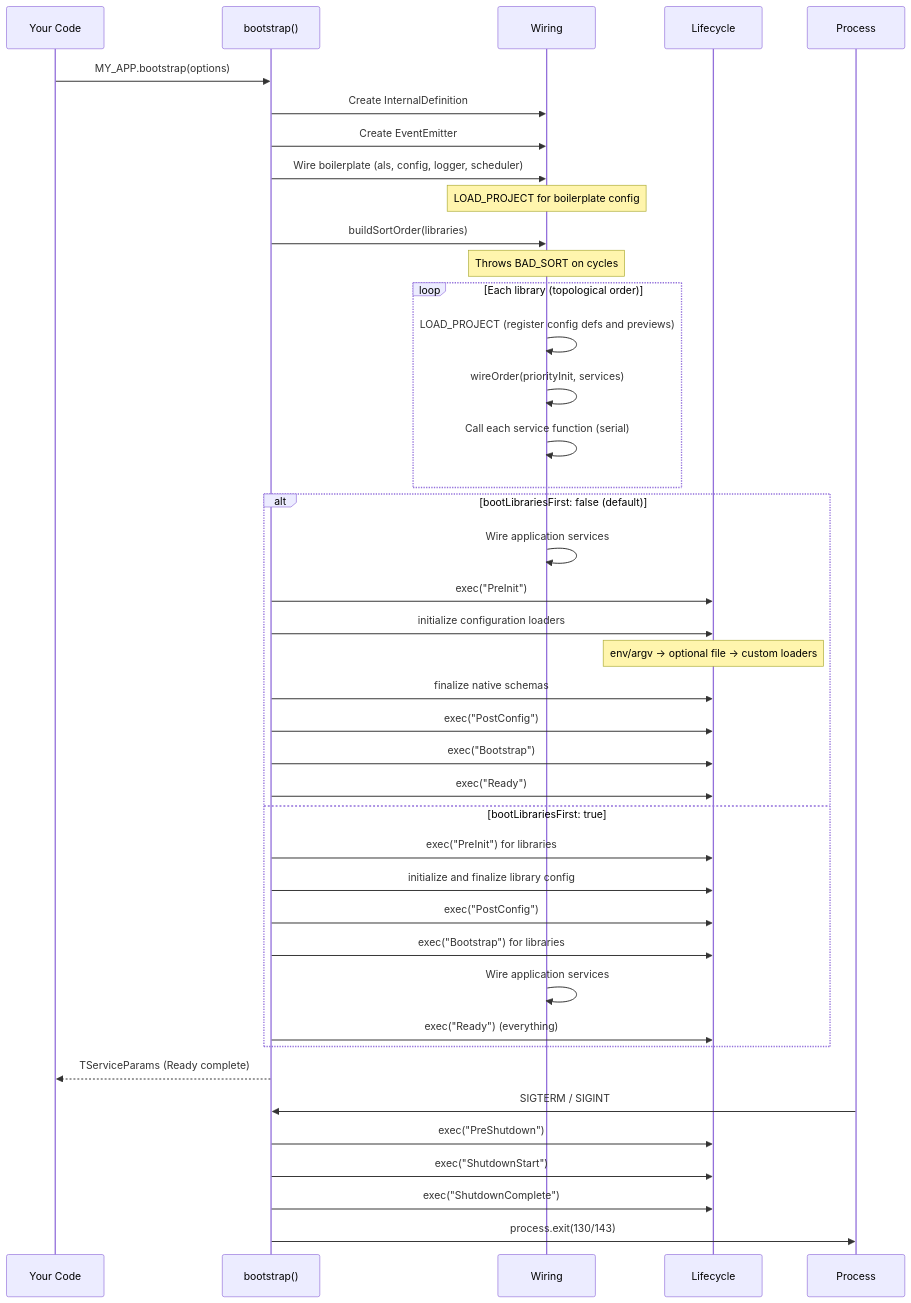
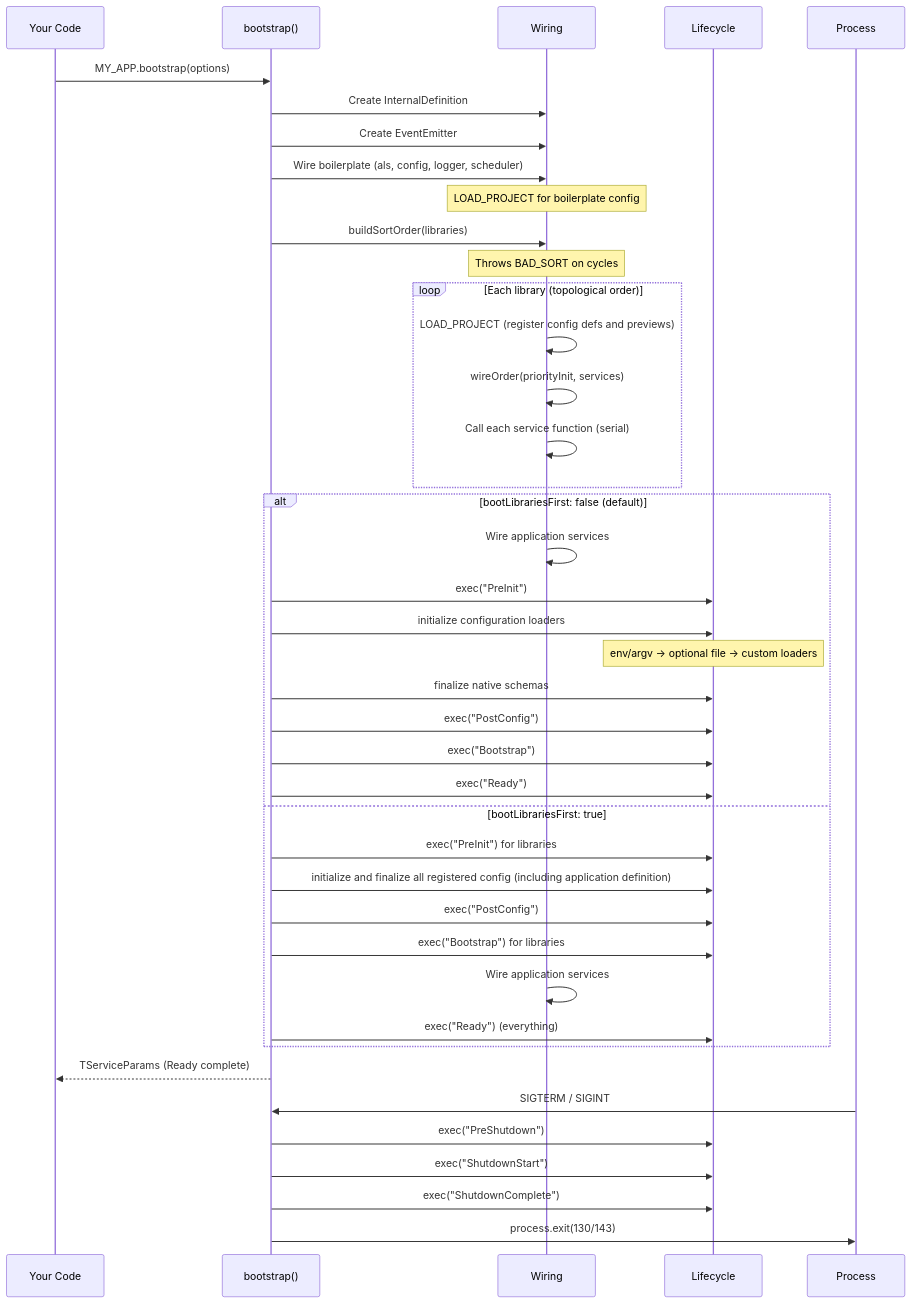
Before and after one commit to Digital-Alchemy-TS/documentation: the diagram in docs/core/guides/bootstrap-internals.md, drawn with Mermaid. The commit also changed 4 other files, not shown here.

````diff
--- a/docs/core/guides/bootstrap-internals.md
+++ b/docs/core/guides/bootstrap-internals.md
@@ -11,48 +11,48 @@
 ```mermaid
 sequenceDiagram
     participant U as Your Code
     participant B as bootstrap()
     participant WS as Wiring
     participant L as Lifecycle
     participant P as Process
 
     U->>B: MY_APP.bootstrap(options)
     B->>WS: Create InternalDefinition
     B->>WS: Create EventEmitter
     B->>WS: Wire boilerplate (als, config, logger, scheduler)
     Note over WS: LOAD_PROJECT for boilerplate config
     B->>WS: buildSortOrder(libraries)
     Note over WS: Throws BAD_SORT on cycles
 
     loop Each library (topological order)
         WS->>WS: LOAD_PROJECT (register config defs and previews)
         WS->>WS: wireOrder(priorityInit, services)
         WS->>WS: Call each service function (serial)
     end
 
     alt bootLibrariesFirst: false (default)
         WS->>WS: Wire application services
         B->>L: exec("PreInit")
         B->>L: initialize configuration loaders
         Note over L: env/argv → optional file → custom loaders
         B->>L: finalize native schemas
         B->>L: exec("PostConfig")
         B->>L: exec("Bootstrap")
         B->>L: exec("Ready")
     else bootLibrariesFirst: true
         B->>L: exec("PreInit") for libraries
-        B->>L: initialize and finalize library config
+        B->>L: initialize and finalize all registered config (including application definition)
         B->>L: exec("PostConfig")
         B->>L: exec("Bootstrap") for libraries
         WS->>WS: Wire application services
         B->>L: exec("Ready") (everything)
     end
 
     B-->>U: TServiceParams (Ready complete)
 
     P->>B: SIGTERM / SIGINT
     B->>L: exec("PreShutdown")
     B->>L: exec("ShutdownStart")
     B->>L: exec("ShutdownComplete")
     B->>P: process.exit(130/143)
 ```
````
